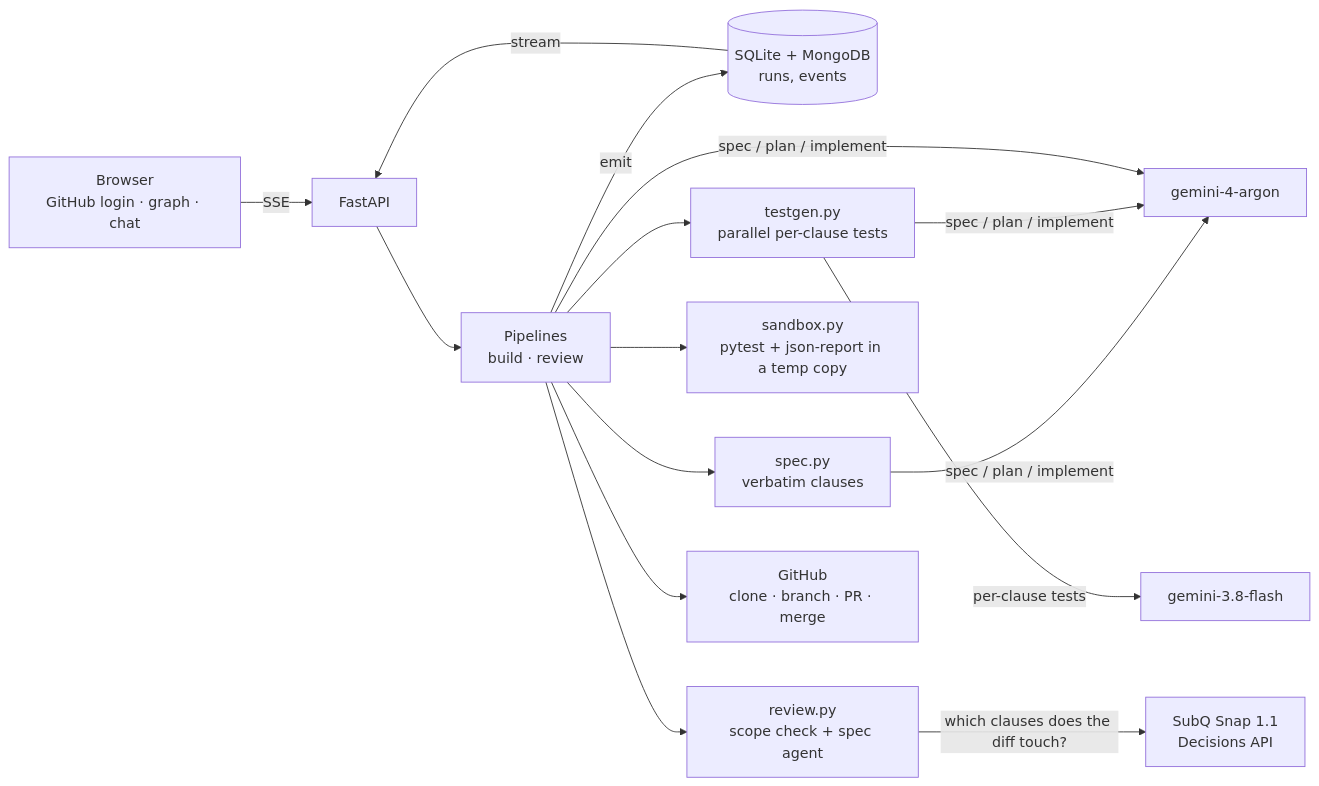
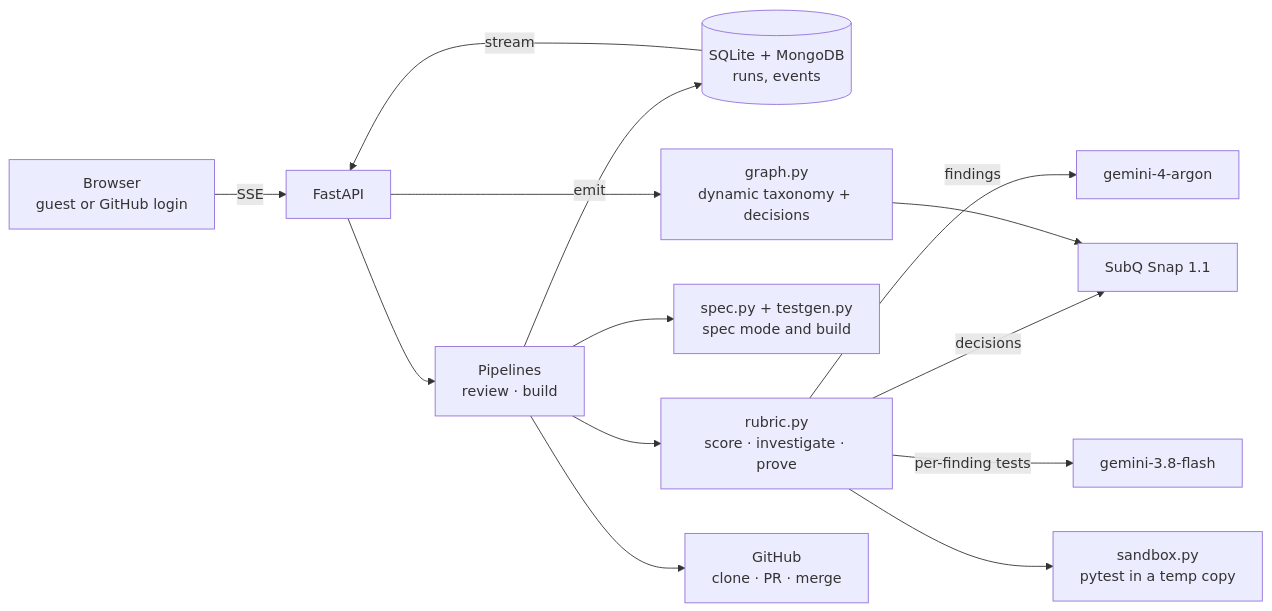
The diagram in README.md (Naveenaduri/specguard), drawn with Mermaid before and after one commit. The commit also changed other lines of this file and 11 other files, not shown here.

Commit message:
Spec-less PR review (rubric + proof), SubQ decision-model categorisation of user repos, benchmark, airy animated UI

````diff
--- a/README.md
+++ b/README.md
@@ -29,15 +35,16 @@
 ```mermaid
 flowchart LR
-  U[Browser<br/>GitHub login · graph · chat] -->|SSE| W[FastAPI]
-  W --> P[Pipelines<br/>build · review]
+  U[Browser<br/>guest or GitHub login] -->|SSE| W[FastAPI]
+  W --> P[Pipelines<br/>review · build]
   P -->|emit| E[(SQLite + MongoDB<br/>runs, events)]
   E -->|stream| W
-  P --> S[spec.py<br/>verbatim clauses]
-  P --> T[testgen.py<br/>parallel per-clause tests]
-  P --> X[sandbox.py<br/>pytest + json-report in a temp copy]
-  P --> R[review.py<br/>scope check + spec agent]
-  R -->|which clauses does the diff touch?| Q[SubQ Snap 1.1<br/>Decisions API]
-  S & T & P -->|spec / plan / implement| G4[gemini-4-argon]
-  T -->|per-clause tests| GF[gemini-3.8-flash]
-  P --> GH[GitHub<br/>clone · branch · PR · merge]
+  P --> R[rubric.py<br/>score · investigate · prove]
+  R -->|decisions| Q[SubQ Snap 1.1]
+  R -->|findings| G4[gemini-4-argon]
+  R -->|per-finding tests| GF[gemini-3.8-flash]
+  R --> X[sandbox.py<br/>pytest in a temp copy]
+  P --> S[spec.py + testgen.py<br/>spec mode and build]
+  W --> GR[graph.py<br/>dynamic taxonomy + decisions]
+  GR --> Q
+  P --> GH[GitHub<br/>clone · PR · merge]
 ```
````
